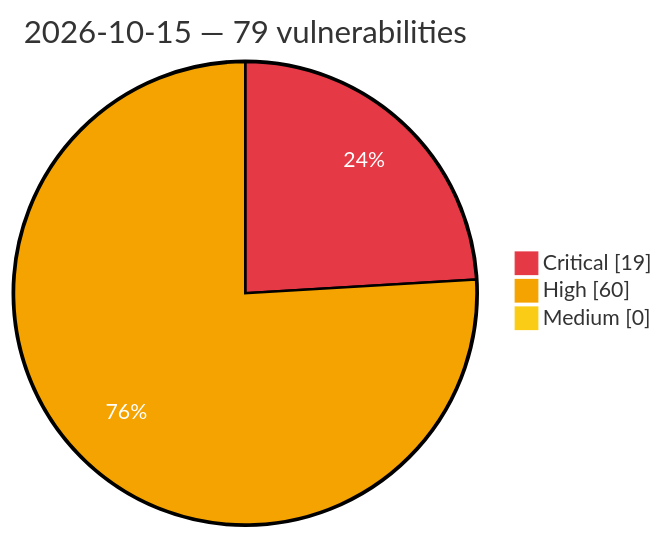
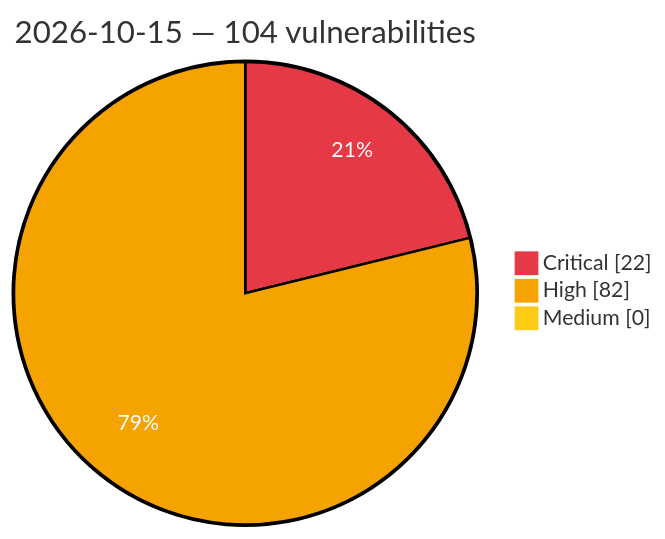
Before and after one commit to GhostX0X/vuln-tracker: the diagram in vulnerabilities/2026/October/2026-10-15.md, drawn with Mermaid. The commit also changed other lines of this file and 5 other files, not shown here.

Commit message:
Auto update: critical/high vulns (2026-10-15 22:16 UTC)

````diff
--- a/vulnerabilities/2026/October/2026-10-15.md
+++ b/vulnerabilities/2026/October/2026-10-15.md
@@ -3,8 +3,8 @@
 ```mermaid
 %%{init: {'theme':'base', 'themeVariables': {'pie1':'#e63946', 'pie2':'#f4a300', 'pie3':'#facc15', 'pieOpacity':'1', 'pieOuterStrokeWidth':'2px', 'pieSectionTextColor':'#ffffff'}}}%%
 pie showData
-    title 2026-10-15 — 79 vulnerabilities
-    "Critical" : 19
-    "High" : 60
+    title 2026-10-15 — 104 vulnerabilities
+    "Critical" : 22
+    "High" : 82
     "Medium" : 0
 ```
````
